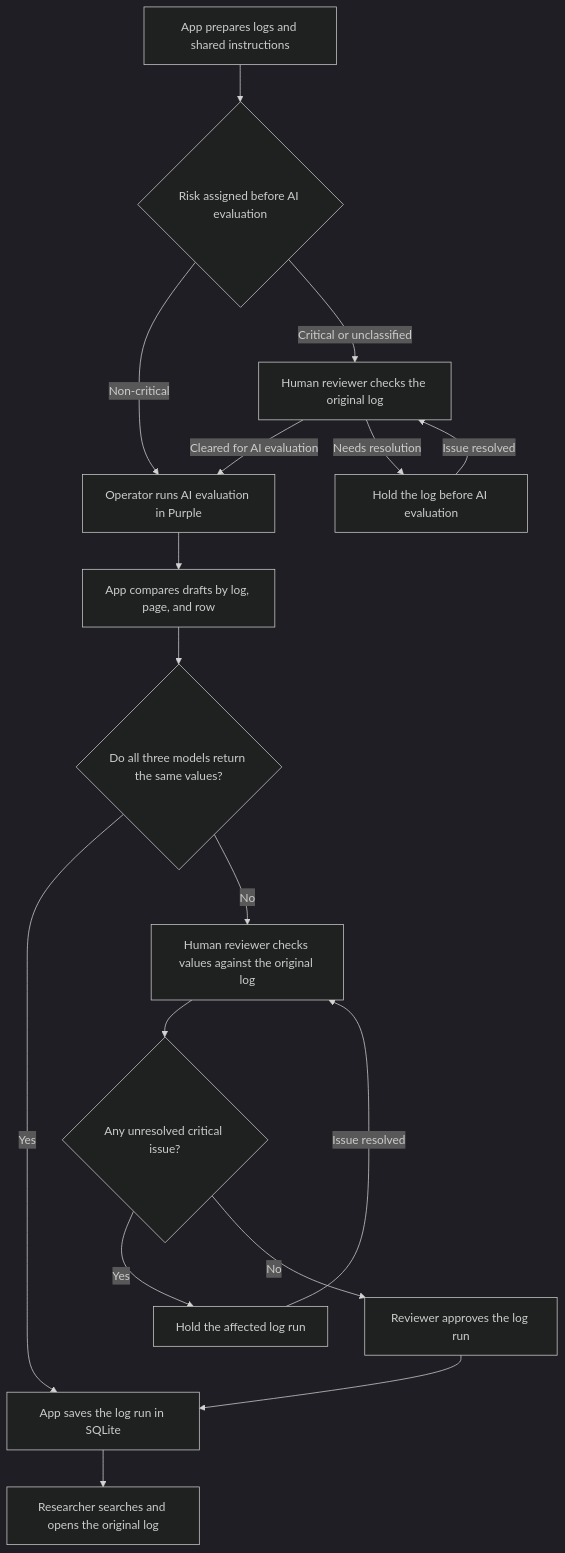
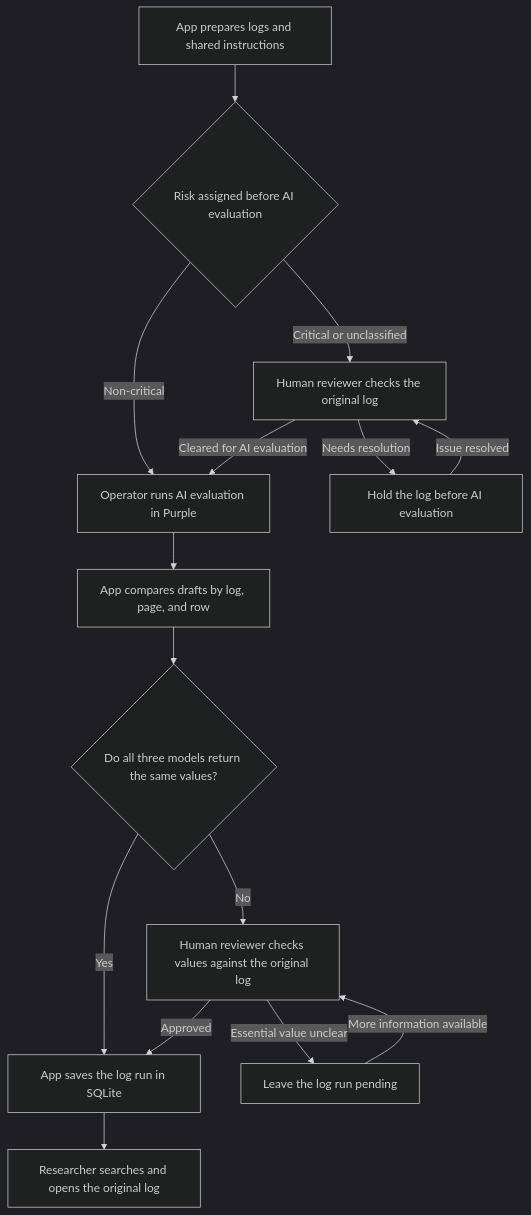
The diagram in docs/design-document.md (irisyjchang/quantum-materials-ai-archive), drawn with Mermaid (dark theme) before and after one commit.

Commit message:
docs: simplify the human review flow

````diff
--- a/docs/design-document.md
+++ b/docs/design-document.md
@@ -36,19 +36,17 @@
 ```mermaid
 flowchart TD
     A[App prepares logs and shared instructions] --> R{Risk assigned before AI evaluation}
     R -->|Non-critical| D[Operator runs AI evaluation in Purple]
     R -->|Critical or unclassified| P[Human reviewer checks the original log]
     P -->|Cleared for AI evaluation| D
     P -->|Needs resolution| Q[Hold the log before AI evaluation]
     Q -->|Issue resolved| P
     D --> F[App compares drafts by log, page, and row]
     F --> V{Do all three models return the same values?}
     V -->|Yes| K[App saves the log run in SQLite]
     V -->|No| G[Human reviewer checks values against the original log]
-    G --> H{Any unresolved critical issue?}
-    H -->|Yes| I[Hold the affected log run]
-    I -->|Issue resolved| G
-    H -->|No| J[Reviewer approves the log run]
-    J --> K
+    G -->|Approved| K
+    G -->|Essential value unclear| I[Leave the log run pending]
+    I -->|More information available| G
     K --> L[Researcher searches and opens the original log]
 ```
````
